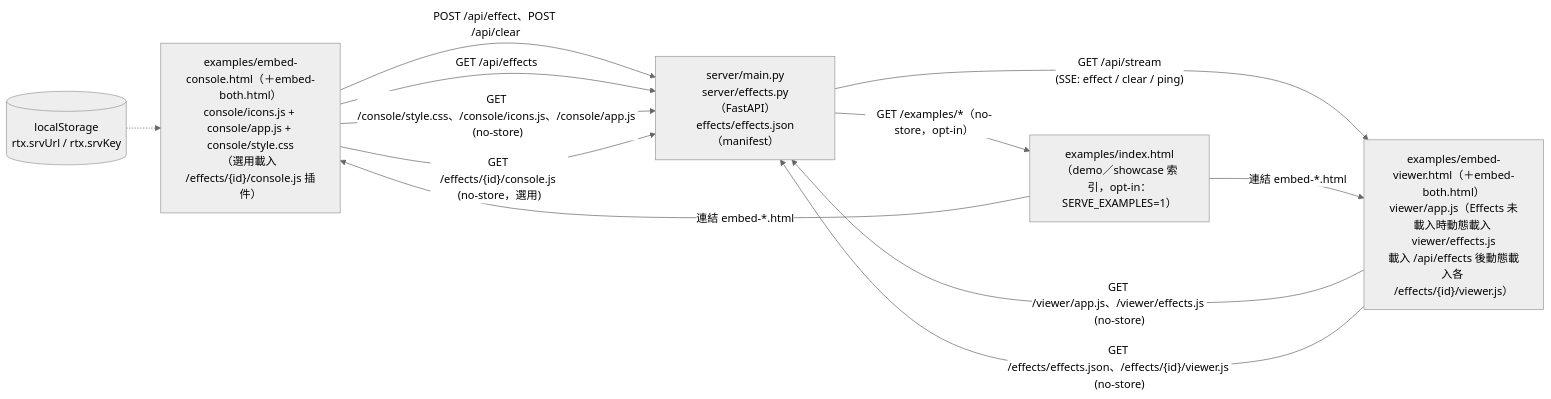
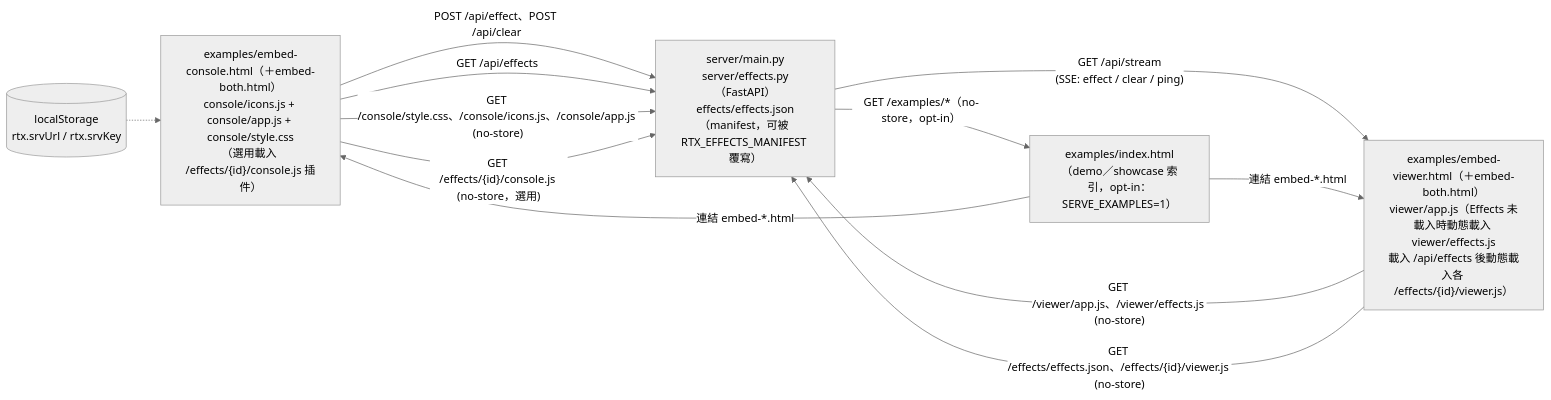
The first of 6 diagrams in docs/agents/CALL_GRAPH.md (zivngit/Real-time-Interaction-html), drawn with Mermaid (neutral theme) before and after one commit. The commit also changed other lines of this file and 15 other files, not shown here.

Commit message:
feat(effects): 新增四特效並改用測試用 effects.json manifest

````diff
--- a/docs/agents/CALL_GRAPH.md
+++ b/docs/agents/CALL_GRAPH.md
@@ -7,19 +7,19 @@
 ```mermaid
 flowchart LR
     C["examples/embed-console.html（＋embed-both.html）<br/>console/icons.js + console/app.js + console/style.css<br/>（選用載入 /effects/{id}/console.js 插件）"]
-    S["server/main.py<br/>server/effects.py（FastAPI）<br/>effects/effects.json（manifest）"]
+    S["server/main.py<br/>server/effects.py（FastAPI）<br/>effects/effects.json（manifest，可被 RTX_EFFECTS_MANIFEST 覆寫）"]
     V["examples/embed-viewer.html（＋embed-both.html）<br/>viewer/app.js（Effects 未載入時動態載入 viewer/effects.js<br/>載入 /api/effects 後動態載入各 /effects/{id}/viewer.js）"]
     E["examples/index.html<br/>（demo／showcase 索引，opt-in：SERVE_EXAMPLES=1）"]
     LS[("localStorage<br/>rtx.srvUrl / rtx.srvKey")]
     C -->|"POST /api/effect、POST /api/clear"| S
     C -->|"GET /api/effects"| S
     C -->|"GET /console/style.css、/console/icons.js、/console/app.js (no-store)"| S
     C -->|"GET /effects/{id}/console.js (no-store，選用)"| S
     S -->|"GET /api/stream<br/>(SSE: effect / clear / ping)"| V
     V -->|"GET /viewer/app.js、/viewer/effects.js (no-store)"| S
     V -->|"GET /effects/effects.json、/effects/{id}/viewer.js (no-store)"| S
     S -->|"GET /examples/*（no-store，opt-in）"| E
     E -->|"連結 embed-*.html"| C
     E -->|"連結 embed-*.html"| V
     LS -.-> C
 ```
````
